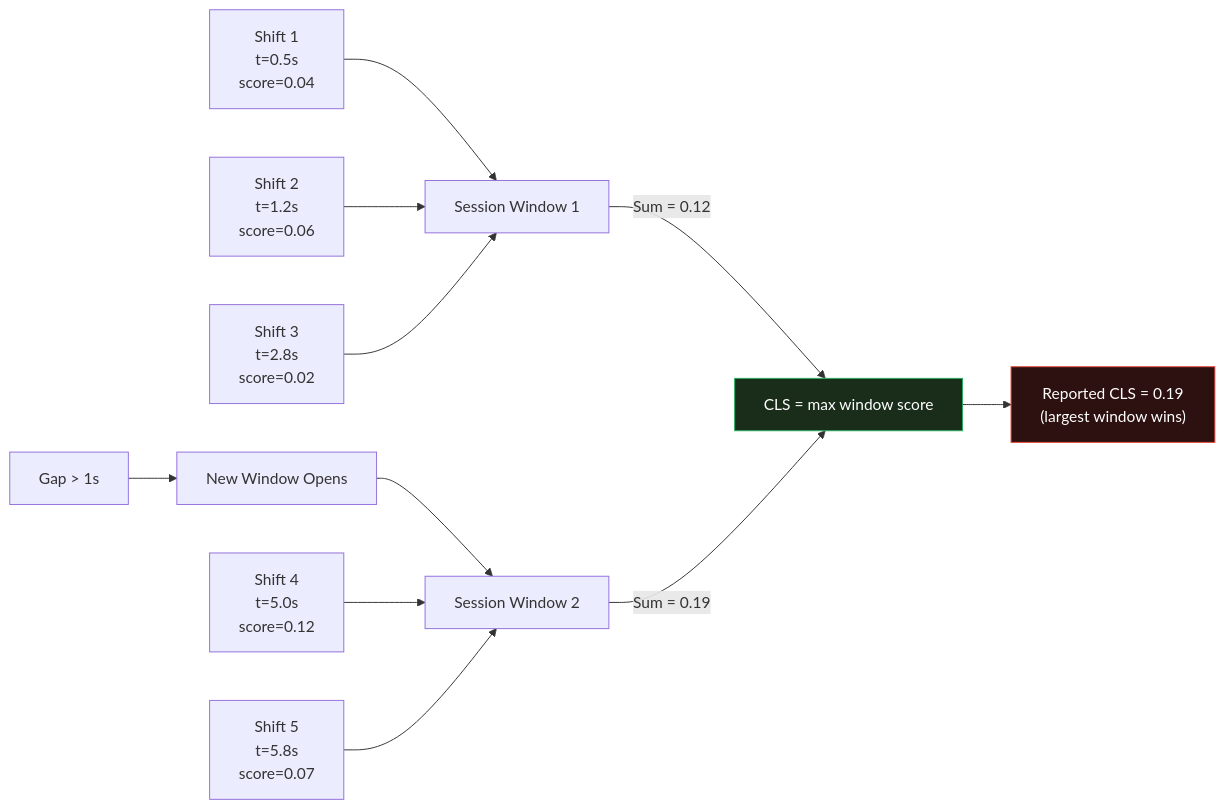
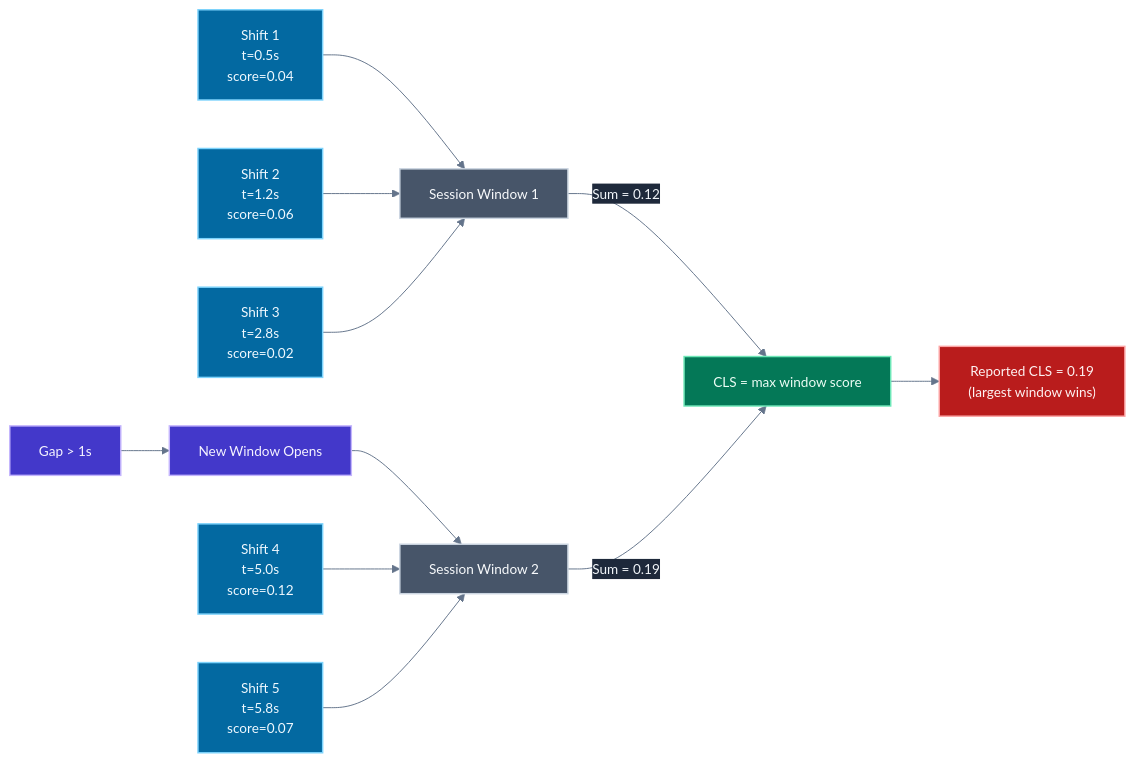
The third of 3 diagrams in data/topics/core-web-vitals.md (vinayakhumberi/litmus), drawn with Mermaid before and after one commit. The commit also changed other lines of this file and 1 other file, not shown here.

````diff
--- a/data/topics/core-web-vitals.md
+++ b/data/topics/core-web-vitals.md
@@ -349,17 +352,27 @@
 ```mermaid
+%%{init: {"theme": "base", "themeVariables": {"background":"transparent","primaryColor":"#334155","primaryTextColor":"#f1f5f9","primaryBorderColor":"#64748b","lineColor":"#64748b","edgeLabelBackground":"#1e293b","textColor":"#f1f5f9","fontFamily":"\"Plus Jakarta Sans\", sans-serif","fontSize":"14px"}}}%%
 graph LR
     A["Shift 1<br>t=0.5s<br>score=0.04"] --> W1["Session Window 1"]
     B["Shift 2<br>t=1.2s<br>score=0.06"] --> W1
     C["Shift 3<br>t=2.8s<br>score=0.02"] --> W1
     D["Gap > 1s"] --> E["New Window Opens"]
     E --> W2["Session Window 2"]
     F["Shift 4<br>t=5.0s<br>score=0.12"] --> W2
     G["Shift 5<br>t=5.8s<br>score=0.07"] --> W2
 
     W1 -- "Sum = 0.12" --> CLS_CALC["CLS = max window score"]
     W2 -- "Sum = 0.19" --> CLS_CALC
     CLS_CALC --> RESULT["Reported CLS = 0.19<br>(largest window wins)"]
 
-    style RESULT fill:#2d1010,stroke:#e74c3c,color:#fff
-    style CLS_CALC fill:#1a2d1a,stroke:#27ae60,color:#fff
+    classDef shift fill:#0369a1,stroke:#7dd3fc,color:#f0f9ff,stroke-width:1.5px;
+    classDef window fill:#475569,stroke:#cbd5e1,color:#f8fafc,stroke-width:1.5px;
+    classDef flow fill:#4338ca,stroke:#c4b5fd,color:#f5f3ff,stroke-width:1.5px;
+    classDef calc fill:#047857,stroke:#6ee7b7,color:#ecfdf5,stroke-width:1.5px;
+    classDef result fill:#b91c1c,stroke:#fca5a5,color:#fef2f2,stroke-width:1.5px;
+
+    class A,B,C,F,G shift;
+    class W1,W2 window;
+    class D,E flow;
+    class CLS_CALC calc;
+    class RESULT result;
 ```
````
